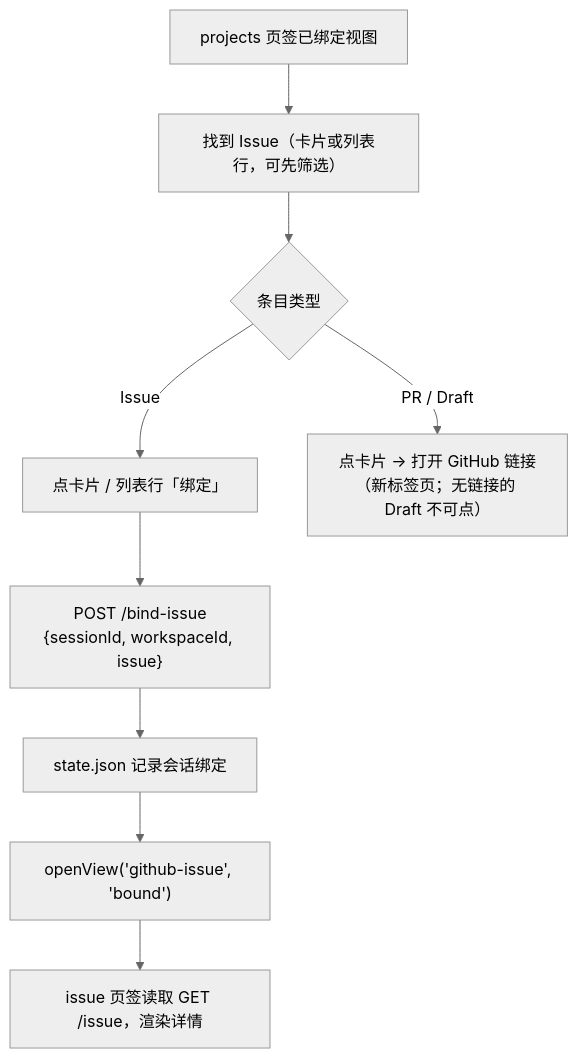
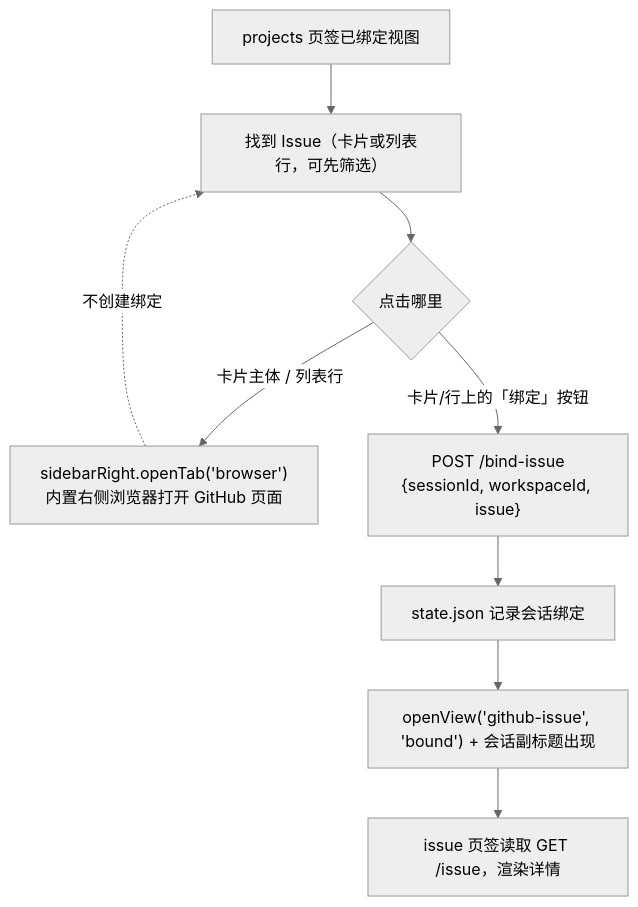
One commit to ceasarXuu/dsh-github-projects changed the third of 7 diagrams in docs/DESIGN.zh.md. Above: the diagram before and after it, drawn with Mermaid (neutral theme). The commit also changed other lines of this file and 24 other files, not shown here.

````diff
--- a/docs/DESIGN.zh.md
+++ b/docs/DESIGN.zh.md
@@ -252,11 +290,11 @@
 ```mermaid
 flowchart TD
     A["projects 页签已绑定视图"] --> B["找到 Issue（卡片或列表行，可先筛选）"]
-    B --> C{"条目类型"}
-    C -- "Issue" --> D["点卡片 / 列表行「绑定」"]
-    D --> E["POST /bind-issue<br/>{sessionId, workspaceId, issue}"]
+    B --> C{"点击哪里"}
+    C -- "卡片主体 / 列表行" --> D["sidebarRight.openTab('browser')<br/>内置右侧浏览器打开 GitHub 页面"]
+    C -- "卡片/行上的「绑定」按钮" --> E["POST /bind-issue<br/>{sessionId, workspaceId, issue}"]
     E --> F["state.json 记录会话绑定"]
-    F --> G["openView('github-issue', 'bound')"]
+    F --> G["openView('github-issue', 'bound') + 会话副标题出现"]
     G --> H["issue 页签读取 GET /issue，渲染详情"]
-    C -- "PR / Draft" --> I["点卡片 → 打开 GitHub 链接（新标签页；无链接的 Draft 不可点）"]
+    D -. "不创建绑定" .-> B
 ```
````
